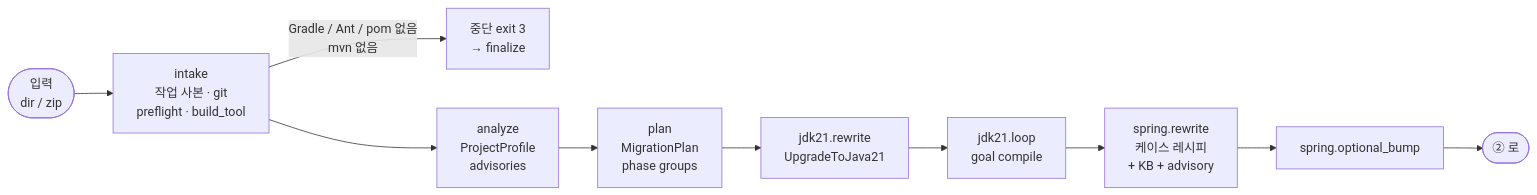
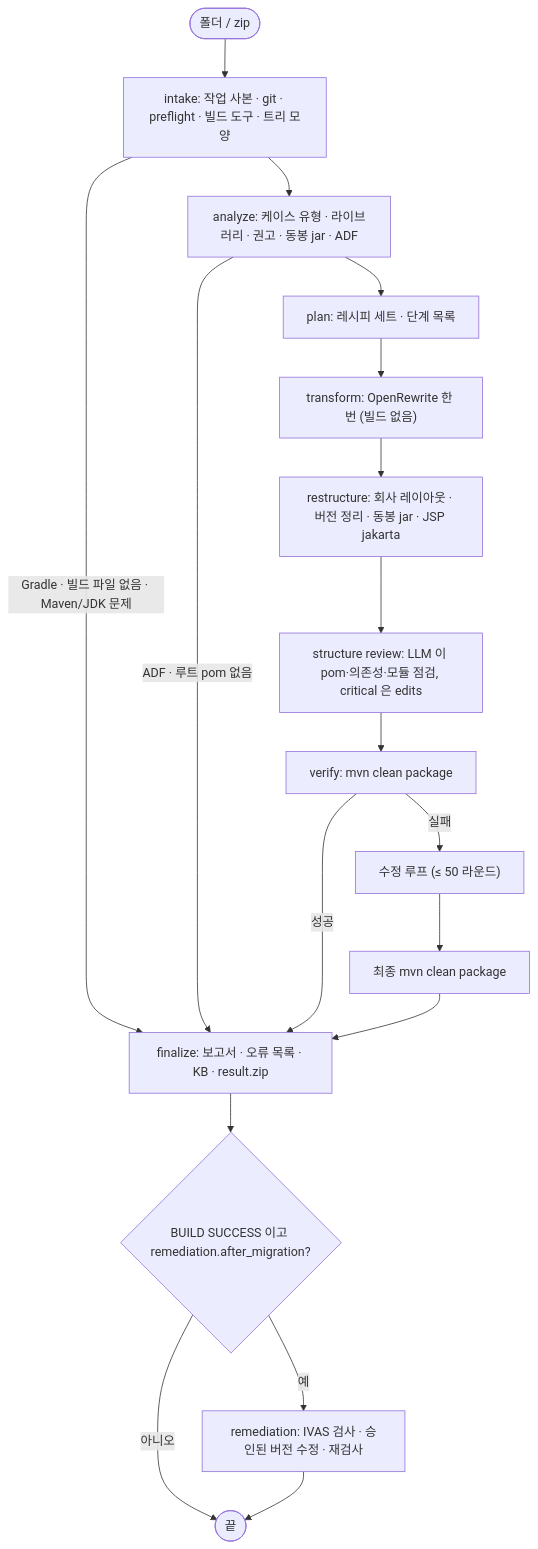
The second of 7 diagrams in docs/migration-agent/README.md (acandiatale/tutu), drawn with Mermaid before and after one commit. The commit also changed other lines of this file and 126 other files, not shown here.

First line of the commit message:
docs: only the deployed flow-v2 system is documented; v1-era material removed; progress checklist (user, 2026-11-11)

````diff
--- a/docs/migration-agent/README.md
+++ b/docs/migration-agent/README.md
@@ -261,12 +98,20 @@
 ```mermaid
-flowchart LR
-  IN(["입력<br/>dir / zip"]) --> INTAKE["intake<br/>작업 사본 · git<br/>preflight · build_tool"]
-  INTAKE -->|"Gradle / Ant / pom 없음<br/>mvn 없음"| REJ["중단 exit 3<br/>→ finalize"]
-  INTAKE --> ANALYZE["analyze<br/>ProjectProfile<br/>advisories"]
-  ANALYZE --> PLAN["plan<br/>MigrationPlan<br/>phase groups"]
-  PLAN --> JR["jdk21.rewrite<br/>UpgradeToJava21"]
-  JR --> JL["jdk21.loop<br/>goal compile"]
-  JL --> SR["spring.rewrite<br/>케이스 레시피<br/>+ KB + advisory"]
-  SR --> OB["spring.optional_bump"]
-  OB --> NEXT(["② 로"])
+flowchart TD
+  START(["폴더 / zip"]) --> INTAKE["intake: 작업 사본 · git · preflight · 빌드 도구 · 트리 모양"]
+  INTAKE -->|"Gradle · 빌드 파일 없음 · Maven/JDK 문제"| FIN
+  INTAKE --> ANALYZE["analyze: 케이스 유형 · 라이브러리 · 권고 · 동봉 jar · ADF"]
+  ANALYZE -->|"ADF · 루트 pom 없음"| FIN
+  ANALYZE --> PLAN["plan: 레시피 세트 · 단계 목록"]
+  PLAN --> T["transform: OpenRewrite 한 번 (빌드 없음)"]
+  T --> R["restructure: 회사 레이아웃 · 버전 정리 · 동봉 jar · JSP jakarta"]
+  R --> RV["structure review: LLM 이 pom·의존성·모듈 점검, critical 은 edits"]
+  RV --> V["verify: mvn clean package"]
+  V -->|"실패"| LOOP["수정 루프 (≤ 50 라운드)"]
+  LOOP --> VF["최종 mvn clean package"]
+  V -->|"성공"| FIN["finalize: 보고서 · 오류 목록 · KB · result.zip"]
+  VF --> FIN
+  FIN --> REM{"BUILD SUCCESS 이고 remediation.after_migration?"}
+  REM -->|"예"| RM["remediation: IVAS 검사 · 승인된 버전 수정 · 재검사"]
+  REM -->|"아니오"| END(["끝"])
+  RM --> END
 ```
````
